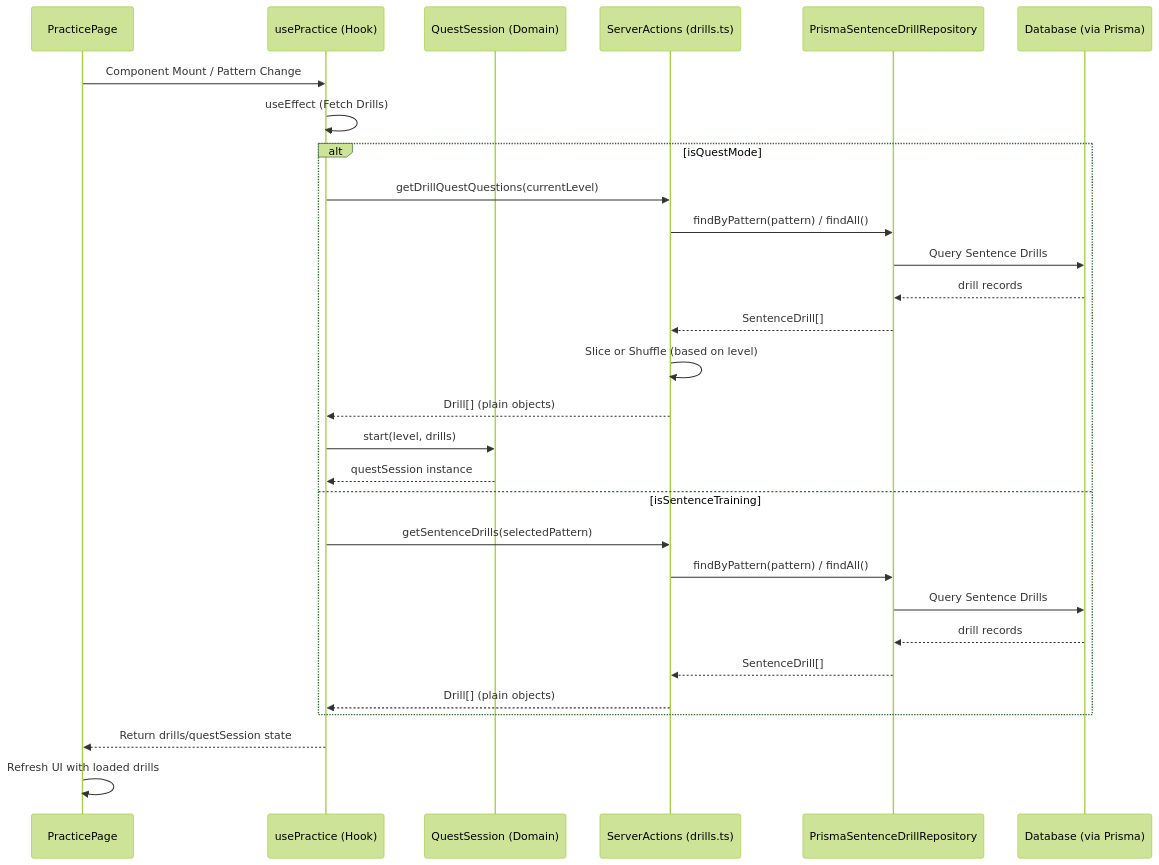
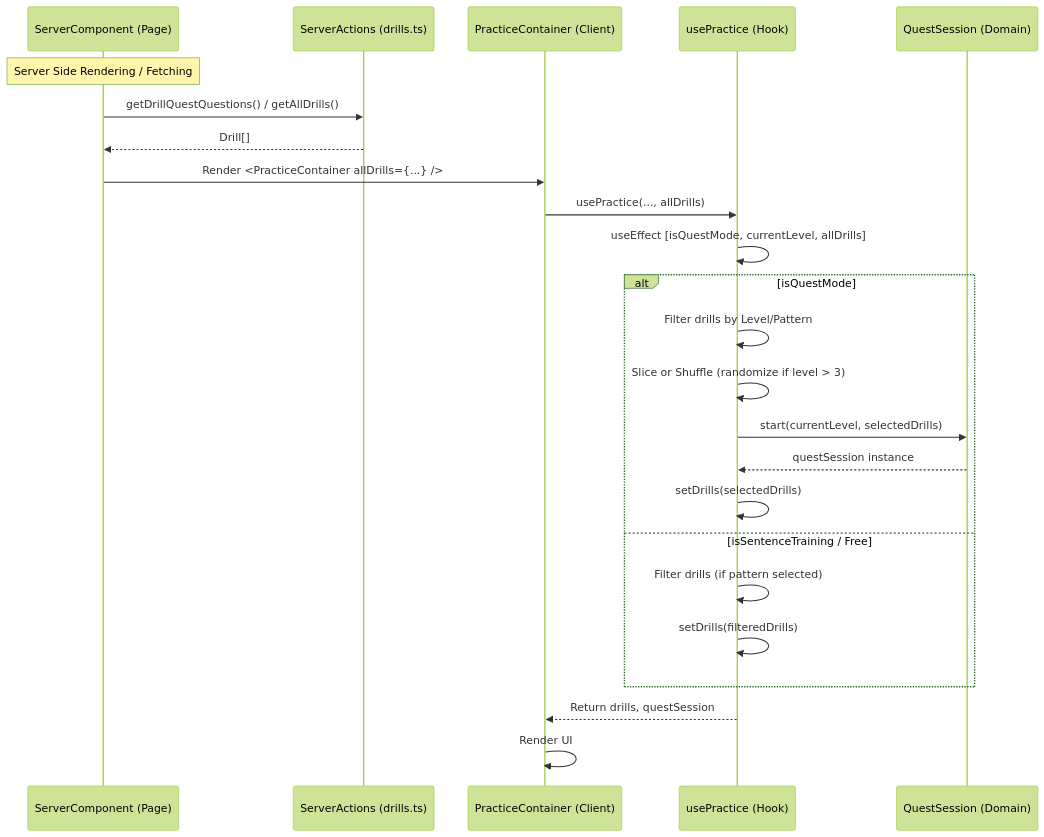
Before and after one commit to kayamak/grid9-english: the diagram in docs/sequence-diagrams/practices/fetchDrills.md, drawn with Mermaid (forest theme). The commit also changed 16 other files, not shown here.

Commit message:
未使用コード削除とシーケンス図を更新

````diff
--- a/docs/sequence-diagrams/practices/fetchDrills.md
+++ b/docs/sequence-diagrams/practices/fetchDrills.md
@@ -3,35 +3,32 @@
 ```mermaid
 sequenceDiagram
-    participant Page as PracticePage
+    participant Parent as ServerComponent (Page)
+    participant Action as ServerActions (drills.ts)
+    participant Page as PracticeContainer (Client)
     participant Hook as usePractice (Hook)
     participant Session as QuestSession (Domain)
-    participant Action as ServerActions (drills.ts)
-    participant Repo as PrismaSentenceDrillRepository
-    participant DB as Database (via Prisma)
 
-    Page->>Hook: Component Mount / Pattern Change
-    Hook->>Hook: useEffect (Fetch Drills)
+    Note over Parent: Server Side Rendering / Fetching
+    
+    Parent->>Action: getDrillQuestQuestions() / getAllDrills()
+    Action-->>Parent: Drill[]
+
+    Parent->>Page: Render <PracticeContainer allDrills={...} />
+    Page->>Hook: usePractice(..., allDrills)
+    
+    Hook->>Hook: useEffect [isQuestMode, currentLevel, allDrills]
 
     alt isQuestMode
-        Hook->>Action: getDrillQuestQuestions(currentLevel)
-        Action->>Repo: findByPattern(pattern) / findAll()
-        Repo->>DB: Query Sentence Drills
-        DB-->>Repo: drill records
-        Repo-->>Action: SentenceDrill[]
-        Action->>Action: Slice or Shuffle (based on level)
-        Action-->>Hook: Drill[] (plain objects)
-        
-        Hook->>Session: start(level, drills)
+        Hook->>Hook: Filter drills by Level/Pattern
+        Hook->>Hook: Slice or Shuffle (randomize if level > 3)
+        Hook->>Session: start(currentLevel, selectedDrills)
         Session-->>Hook: questSession instance
-    else isSentenceTraining
-        Hook->>Action: getSentenceDrills(selectedPattern)
-        Action->>Repo: findByPattern(pattern) / findAll()
-        Repo->>DB: Query Sentence Drills
-        DB-->>Repo: drill records
-        Repo-->>Action: SentenceDrill[]
-        Action-->>Hook: Drill[] (plain objects)
+        Hook->>Hook: setDrills(selectedDrills)
+    else isSentenceTraining / Free
+        Hook->>Hook: Filter drills (if pattern selected)
+        Hook->>Hook: setDrills(filteredDrills)
     end
 
-    Hook-->>Page: Return drills/questSession state
-    Page->>Page: Refresh UI with loaded drills
+    Hook-->>Page: Return drills, questSession
+    Page->>Page: Render UI
 ```
````
